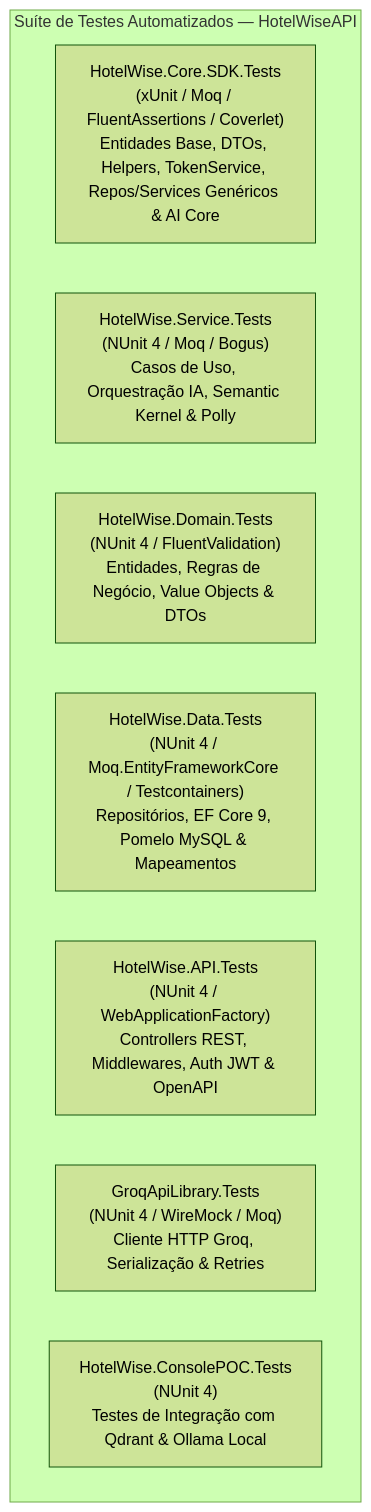
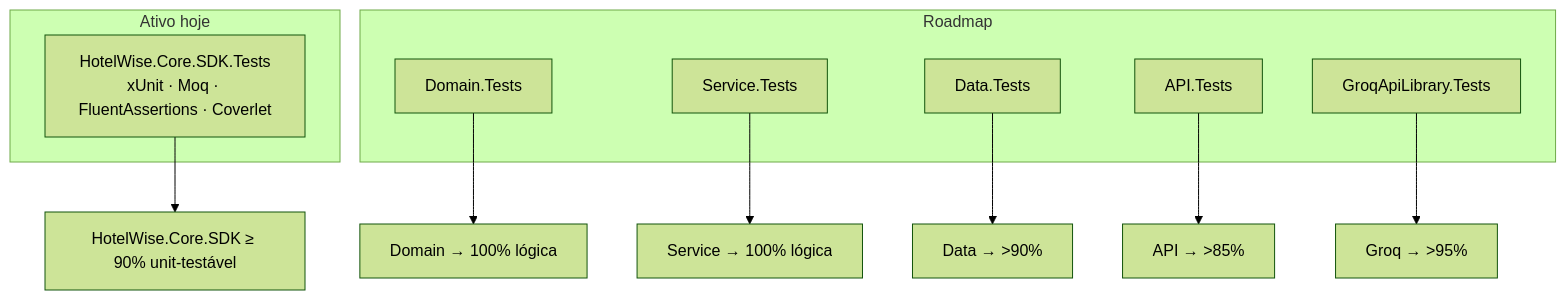
Before and after one commit to LeoneRocha/HotelWiseAPI: the diagram in DOCUMENTACAO/COVERAGE AND TEST/Diretrizes-Coverage-Backend-HotelWise.md, drawn with Mermaid (forest theme). The commit also changed other lines of this file and 5 other files, not shown here.

Commit message:
docs: create documentation for backend test coverage, code quality standards, and SDK usage guidelines

````diff
--- a/DOCUMENTACAO/COVERAGE AND TEST/Diretrizes-Coverage-Backend-HotelWise.md
+++ b/DOCUMENTACAO/COVERAGE AND TEST/Diretrizes-Coverage-Backend-HotelWise.md
@@ -17,12 +22,21 @@
 ```mermaid
 flowchart TD
-    subgraph TestSuite["Suíte de Testes Automatizados — HotelWiseAPI"]
-        T0["HotelWise.Core.SDK.Tests\n(xUnit / Moq / FluentAssertions / Coverlet)\nEntidades Base, DTOs, Helpers, TokenService, Repos/Services Genéricos & AI Core"]
-        T1["HotelWise.Service.Tests\n(NUnit 4 / Moq / Bogus)\nCasos de Uso, Orquestração IA, Semantic Kernel & Polly"]
-        T2["HotelWise.Domain.Tests\n(NUnit 4 / FluentValidation)\nEntidades, Regras de Negócio, Value Objects & DTOs"]
-        T3["HotelWise.Data.Tests\n(NUnit 4 / Moq.EntityFrameworkCore / Testcontainers)\nRepositórios, EF Core 9, Pomelo MySQL & Mapeamentos"]
-        T4["HotelWise.API.Tests\n(NUnit 4 / WebApplicationFactory)\nControllers REST, Middlewares, Auth JWT & OpenAPI"]
-        T5["GroqApiLibrary.Tests\n(NUnit 4 / WireMock / Moq)\nCliente HTTP Groq, Serialização & Retries"]
-        T6["HotelWise.ConsolePOC.Tests\n(NUnit 4)\nTestes de Integração com Qdrant & Ollama Local"]
+    subgraph Ativo["Ativo hoje"]
+        T0["HotelWise.Core.SDK.Tests\nxUnit · Moq · FluentAssertions · Coverlet"]
     end
+
+    subgraph Roadmap["Roadmap"]
+        T1["Domain.Tests"]
+        T2["Service.Tests"]
+        T3["Data.Tests"]
+        T4["API.Tests"]
+        T5["GroqApiLibrary.Tests"]
+    end
+
+    T0 --> Core["HotelWise.Core.SDK ≥ 90% unit-testável"]
+    T1 --> Domain["Domain → 100% lógica"]
+    T2 --> Service["Service → 100% lógica"]
+    T3 --> Data["Data → >90%"]
+    T4 --> API["API → >85%"]
+    T5 --> Groq["Groq → >95%"]
 ```
````
